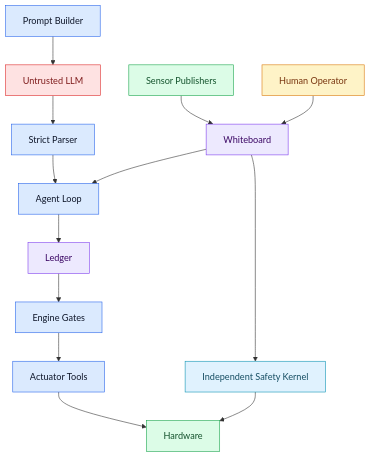
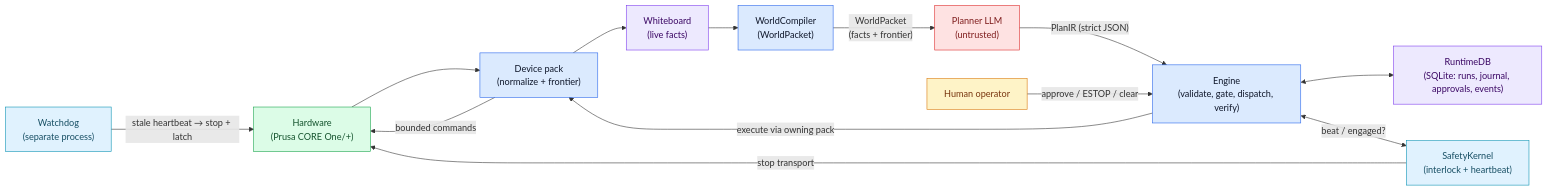
One commit to anieyrudh/Wallee changed the diagram in ARCHITECTURE.md. Above: the diagram before and after it, drawn with Mermaid. The commit also changed other lines of this file and 7 other files, not shown here.

````diff
--- a/ARCHITECTURE.md
+++ b/ARCHITECTURE.md
@@ -476,55 +21,41 @@
 ```mermaid
 %%{init: {'theme':'base','themeVariables': {
-  'primaryColor':'#dbeafe',
-  'primaryTextColor':'#0f172a',
-  'primaryBorderColor':'#2563eb',
-  'secondaryColor':'#dcfce7',
-  'secondaryTextColor':'#14532d',
-  'secondaryBorderColor':'#16a34a',
-  'tertiaryColor':'#fef3c7',
-  'tertiaryTextColor':'#78350f',
-  'tertiaryBorderColor':'#d97706',
-  'lineColor':'#475569',
-  'fontSize':'14px'
+  'primaryColor':'#dbeafe','primaryTextColor':'#0f172a','primaryBorderColor':'#2563eb',
+  'lineColor':'#475569','fontSize':'14px'
 }}%%
-flowchart TB
-    LLM["Untrusted LLM"]
-    PROMPT["Prompt Builder"]
-    PARSER["Strict Parser"]
-    AGENT["Agent Loop"]
-    LEDGER["Ledger"]
-    ENGINE["Engine Gates"]
-    TOOLS["Actuator Tools"]
-    WB["Whiteboard"]
-    SAFETY["Independent Safety Kernel"]
-    HW["Hardware"]
-    SENS["Sensor Publishers"]
-    HUMAN["Human Operator"]
+flowchart LR
+    HW["Hardware\n(Prusa CORE One/+)"]
+    PACK["Device pack\n(normalize + frontier)"]
+    WB["Whiteboard\n(live facts)"]
+    WC["WorldCompiler\n(WorldPacket)"]
+    LLM["Planner LLM\n(untrusted)"]
+    ENG["Engine\n(validate, gate, dispatch, verify)"]
+    DB["RuntimeDB\n(SQLite: runs, journal, approvals, events)"]
+    SK["SafetyKernel\n(interlock + heartbeat)"]
+    WD["Watchdog\n(separate process)"]
+    HUM["Human operator"]
 
-    PROMPT --> LLM
-    LLM --> PARSER
-    PARSER --> AGENT
-    AGENT --> LEDGER
-    LEDGER --> ENGINE
-    ENGINE --> TOOLS
-    TOOLS --> HW
-    SENS --> WB
-    HUMAN --> WB
-    WB --> AGENT
-    WB --> SAFETY
-    SAFETY --> HW
-
-    class LLM untrusted
-    class PROMPT,PARSER,AGENT,ENGINE,TOOLS trusted
-    class LEDGER,WB state
-    class SAFETY safety
-    class HW,SENS hardware
-    class HUMAN human
+    HW --> PACK --> WB --> WC
+    WC -->|"WorldPacket\n(facts + frontier)"| LLM
+    LLM -->|"PlanIR (strict JSON)"| ENG
+    ENG -->|"execute via owning pack"| PACK
+    PACK -->|"bounded commands"| HW
+    ENG <--> DB
+    ENG <-->|"beat / engaged?"| SK
+    SK -->|"stop transport"| HW
+    WD -->|"stale heartbeat → stop + latch"| HW
+    HUM -->|"approve / ESTOP / clear"| ENG
 
     classDef untrusted fill:#fee2e2,stroke:#dc2626,color:#7f1d1d
     classDef trusted fill:#dbeafe,stroke:#2563eb,color:#0f172a
     classDef state fill:#ede9fe,stroke:#7c3aed,color:#3b0764
+    classDef hardware fill:#dcfce7,stroke:#16a34a,color:#14532d
     classDef safety fill:#e0f2fe,stroke:#0891b2,color:#164e63
-    classDef hardware fill:#dcfce7,stroke:#16a34a,color:#14532d
     classDef human fill:#fef3c7,stroke:#d97706,color:#78350f
+    class LLM untrusted
+    class PACK,WC,ENG trusted
+    class WB,DB state
+    class HW hardware
+    class SK,WD safety
+    class HUM human
 ```
````
